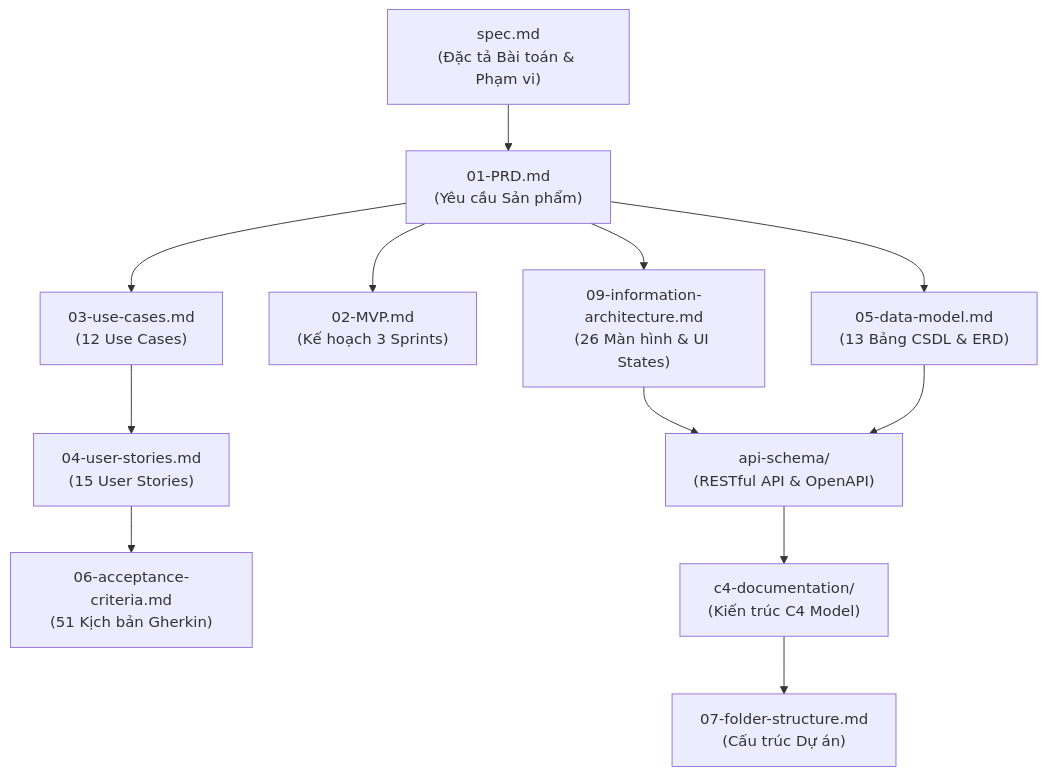
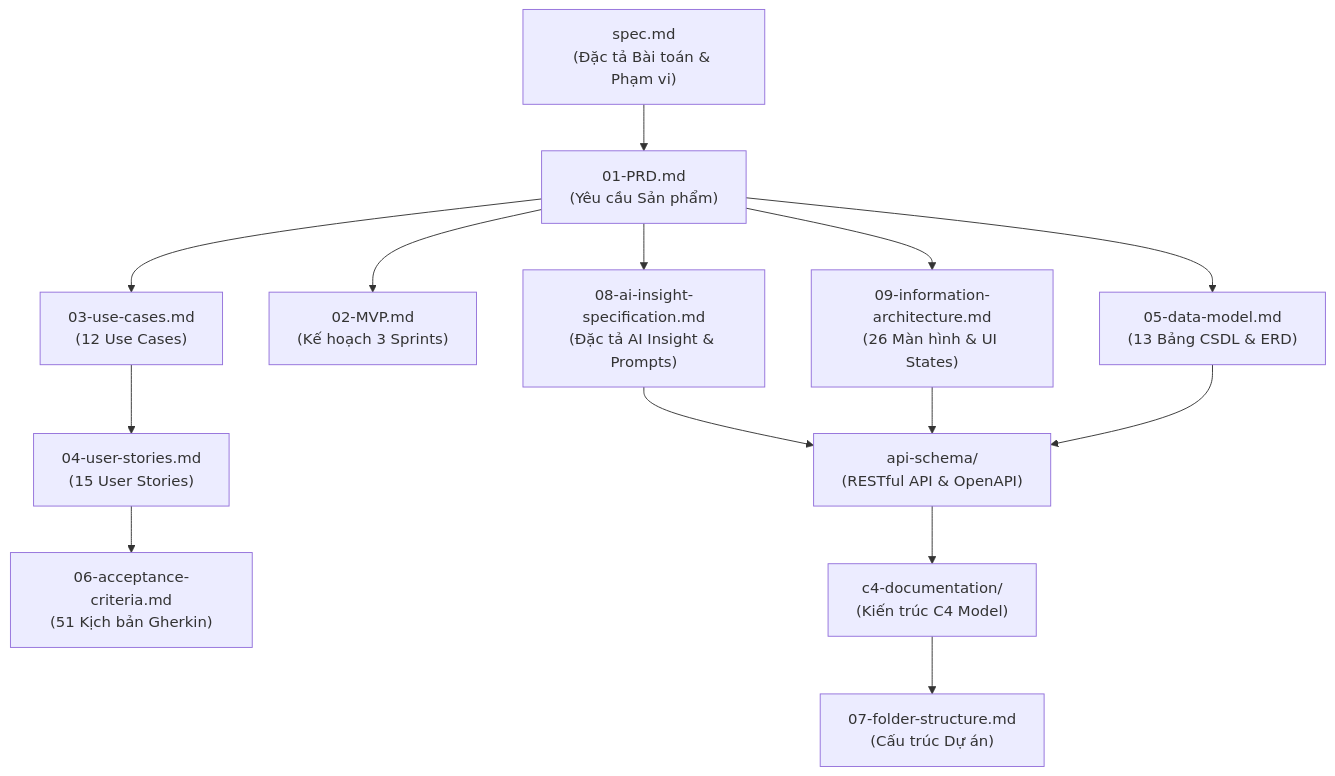
One commit to DatTienNguyenn/PMDC-BATCH4-DATNT250 changed the diagram in docs/07-folder-structure.md. Above: the diagram before and after it, drawn with Mermaid. The commit also changed other lines of this file and 1 other file, not shown here.

First line of the commit message:
docs(ai): add AI insight and emission reduction roadmap specification (#11)

````diff
--- a/docs/07-folder-structure.md
+++ b/docs/07-folder-structure.md
@@ -114,14 +120,16 @@
 ```mermaid
 flowchart TD
     SPEC["spec.md<br/>(Đặc tả Bài toán & Phạm vi)"] --> PRD["01-PRD.md<br/>(Yêu cầu Sản phẩm)"]
     PRD --> UC["03-use-cases.md<br/>(12 Use Cases)"]
     PRD --> MVP["02-MVP.md<br/>(Kế hoạch 3 Sprints)"]
     UC --> US["04-user-stories.md<br/>(15 User Stories)"]
     US --> AC["06-acceptance-criteria.md<br/>(51 Kịch bản Gherkin)"]
     PRD --> DM["05-data-model.md<br/>(13 Bảng CSDL & ERD)"]
+    PRD --> AI_DOC["08-ai-insight-specification.md<br/>(Đặc tả AI Insight & Prompts)"]
     PRD --> IA["09-information-architecture.md<br/>(26 Màn hình & UI States)"]
+    AI_DOC --> API
     IA --> API["api-schema/<br/>(RESTful API & OpenAPI)"]
     DM --> API
     API --> C4["c4-documentation/<br/>(Kiến trúc C4 Model)"]
     C4 --> STRUCT["07-folder-structure.md<br/>(Cấu trúc Dự án)"]
 ```
````
